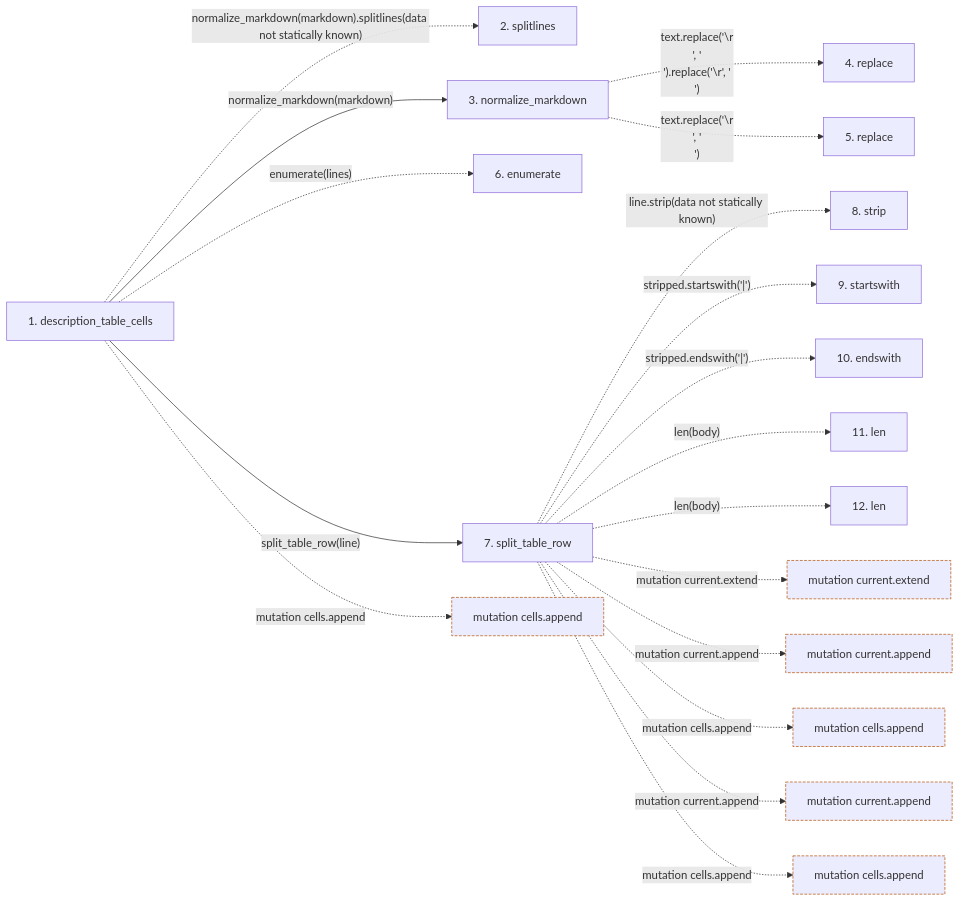
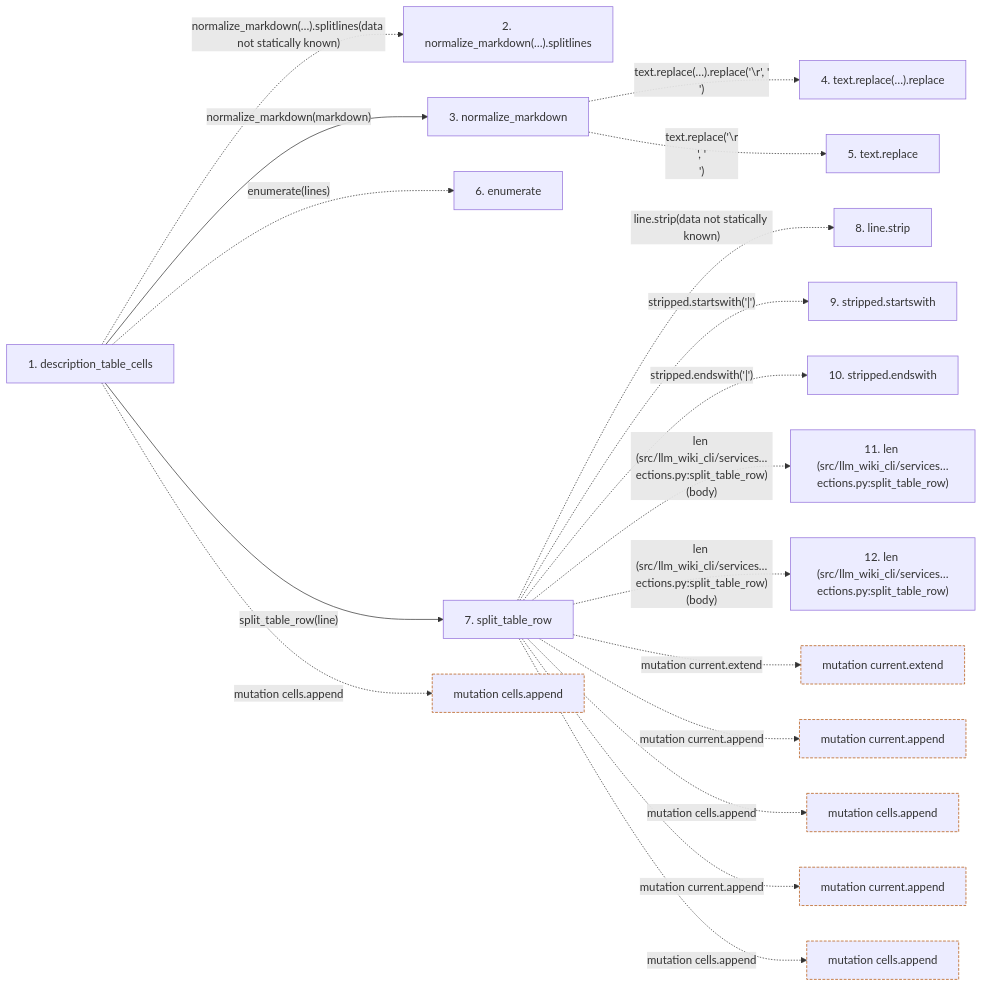
Before and after one commit to Denissvgn/python-wiki-llm: the second of 2 diagrams in docs/llm_wiki/flows/api-description_table_cells.md, drawn with Mermaid. The commit also changed other lines of this file and 719 other files, not shown here.

````diff
--- a/docs/llm_wiki/flows/api-description_table_cells.md
+++ b/docs/llm_wiki/flows/api-description_table_cells.md
@@ -68,48 +73,48 @@
 ```mermaid
 flowchart LR
     s1["1. description_table_cells"]
-    s2["2. splitlines"]
+    s2["2. normalize_markdown(…).splitlines"]
     s3["3. normalize_markdown"]
-    s4["4. replace"]
-    s5["5. replace"]
+    s4["4. text.replace(…).replace"]
+    s5["5. text.replace"]
     s6["6. enumerate"]
     s7["7. split_table_row"]
-    s8["8. strip"]
-    s9["9. startswith"]
-    s10["10. endswith"]
-    s11["11. len"]
-    s12["12. len"]
-    s1 -. "normalize_markdown(markdown).splitlines(data not statically known)" .-> s2
+    s8["8. line.strip"]
+    s9["9. stripped.startswith"]
+    s10["10. stripped.endswith"]
+    s11["11. len (src/llm_wiki_cli/services…ections.py:split_table_row)"]
+    s12["12. len (src/llm_wiki_cli/services…ections.py:split_table_row)"]
+    s1 -. "normalize_markdown(…).splitlines(data not statically known)" .-> s2
     s1 -->|"normalize_markdown(markdown)"| s3
-    s3 -. "text.replace('\r\n', '\n').replace('\r', '\n')" .-> s4
+    s3 -. "text.replace(…).replace('\r', '\n')" .-> s4
     s3 -. "text.replace('\r\n', '\n')" .-> s5
     s1 -. "enumerate(lines)" .-> s6
     s1 -->|"split_table_row(line)"| s7
     s7 -. "line.strip(data not statically known)" .-> s8
     s7 -. "stripped.startswith('|')" .-> s9
     s7 -. "stripped.endswith('|')" .-> s10
-    s7 -. "len(body)" .-> s11
-    s7 -. "len(body)" .-> s12
+    s7 -. "len (src/llm_wiki_cli/services…ections.py:split_table_row)(body)" .-> s11
+    s7 -. "len (src/llm_wiki_cli/services…ections.py:split_table_row)(body)" .-> s12
     b0["mutation cells.append"]
     s1 -. "mutation cells.append" .-> b0
     b1["mutation current.extend"]
     s7 -. "mutation current.extend" .-> b1
     b2["mutation current.append"]
     s7 -. "mutation current.append" .-> b2
     b3["mutation cells.append"]
     s7 -. "mutation cells.append" .-> b3
     b4["mutation current.append"]
     s7 -. "mutation current.append" .-> b4
     b5["mutation cells.append"]
     s7 -. "mutation cells.append" .-> b5
     click s1 "../modules/markdown_sections.md"
     click s3 "../modules/markdown_sections.md"
     click s7 "../modules/markdown_sections.md"
     classDef boundary stroke:#b45309,stroke-dasharray: 4 2
     class b0 boundary
     class b1 boundary
     class b2 boundary
     class b3 boundary
     class b4 boundary
     class b5 boundary
 ```
````
